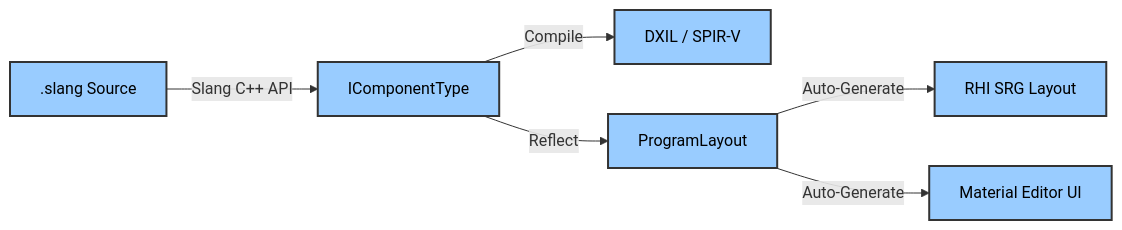
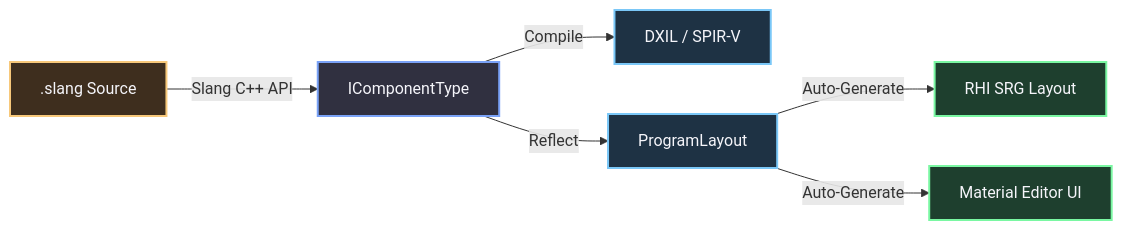
The second of 4 diagrams in content/Engine shit/O3DE/Atomic/7 The Slang Shader & Material Compiler Pipeline.md (Astin-A/the-workshop), drawn with Mermaid before and after one commit. The commit also changed other lines of this file and 24 other files, not shown here.

````diff
--- a/content/Engine shit/O3DE/Atomic/7 The Slang Shader & Material Compiler Pipeline.md
+++ b/content/Engine shit/O3DE/Atomic/7 The Slang Shader & Material Compiler Pipeline.md
@@ -91,15 +93,20 @@
 ```mermaid
 graph LR
     A[.slang Source] -->|Slang C++ API| B[IComponentType]
     B -->|Compile| C[DXIL / SPIR-V]
     B -->|Reflect| D[ProgramLayout]
     D -->|Auto-Generate| E[RHI SRG Layout]
     D -->|Auto-Generate| F[Material Editor UI]
-    
-    style A fill:#9cf,stroke:#333,stroke-width:2px,color:#000
-    style B fill:#9cf,stroke:#333,stroke-width:2px,color:#000
-    style C fill:#9cf,stroke:#333,stroke-width:2px,color:#000
-    style D fill:#9cf,stroke:#333,stroke-width:2px,color:#000
-    style E fill:#9cf,stroke:#333,stroke-width:2px,color:#000
-    style F fill:#9cf,stroke:#333,stroke-width:2px,color:#000
+
+    classDef warning fill:#3e2e1e,stroke:#f7c87a,stroke-width:2px,color:#f5f5fa;
+    classDef default fill:#303040,stroke:#7aa2f7,stroke-width:2px,color:#f5f5fa;
+    classDef info fill:#1e3244,stroke:#7ac7f7,stroke-width:2px,color:#f5f5fa;
+    classDef success fill:#1e3f2e,stroke:#7af7a2,stroke-width:2px,color:#f5f5fa;
+
+    class A warning;
+    class B default;
+    class C info;
+    class D info;
+    class E success;
+    class F success;
 ```
````
